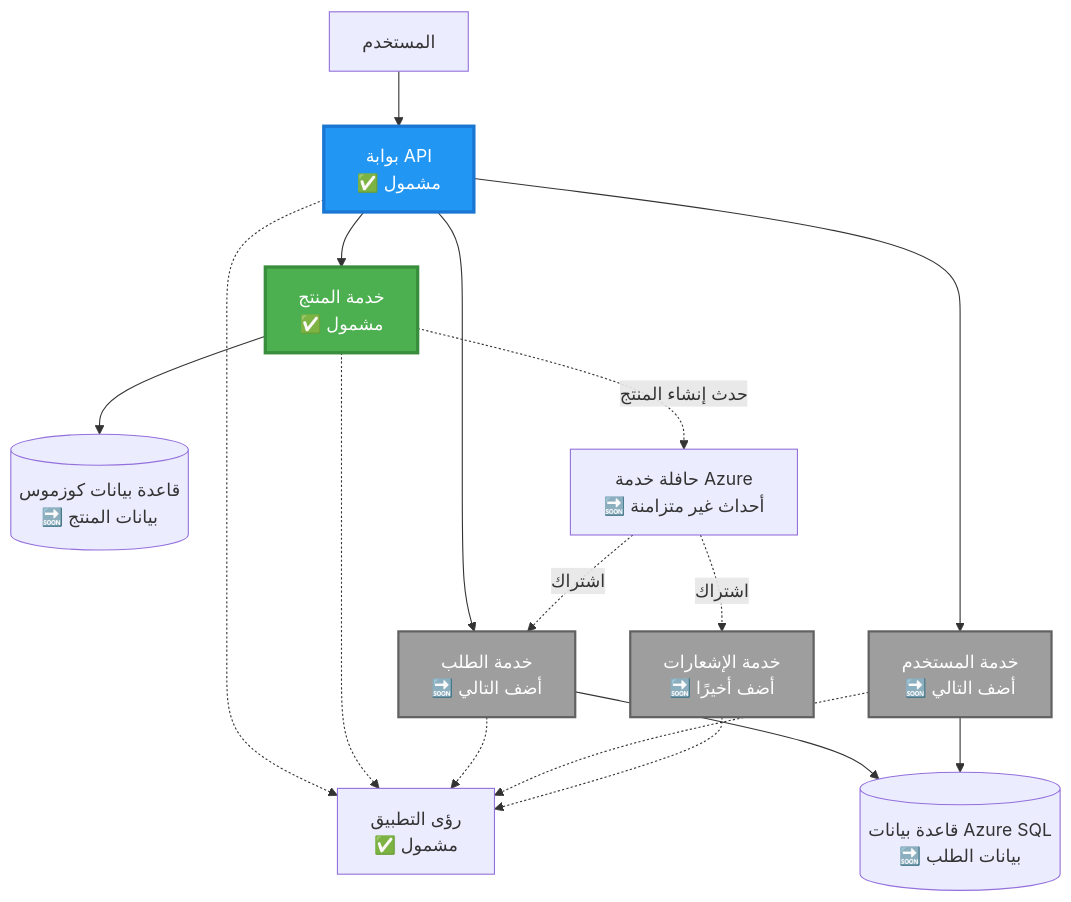
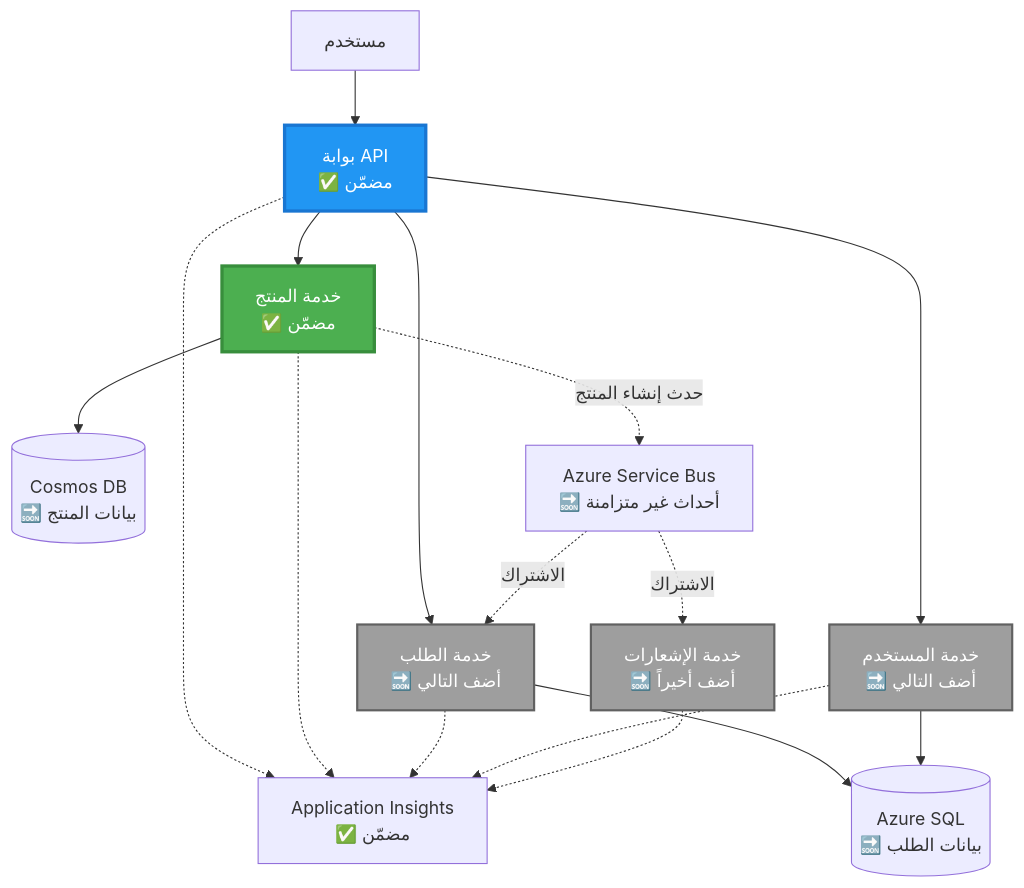
Before and after one commit to microsoft/AZD-for-beginners: the second of 4 diagrams in translations/ar/examples/microservices/README.md, drawn with Mermaid. The commit also changed other lines of this file and 242 other files, not shown here.

````diff
--- a/translations/ar/examples/microservices/README.md
+++ b/translations/ar/examples/microservices/README.md
@@ -78,39 +69,39 @@
 ```mermaid
 graph TB
-    User[المستخدم]
-    Gateway[بوابة API<br/>✅ مشمول]
-    Product[خدمة المنتج<br/>✅ مشمول]
+    User[مستخدم]
+    Gateway[بوابة API<br/>✅ مضمّن]
+    Product[خدمة المنتج<br/>✅ مضمّن]
     Order[خدمة الطلب<br/>🔜 أضف التالي]
     UserSvc[خدمة المستخدم<br/>🔜 أضف التالي]
-    Notify[خدمة الإشعارات<br/>🔜 أضف أخيرًا]
+    Notify[خدمة الإشعارات<br/>🔜 أضف أخيراً]
     
-    CosmosDB[(قاعدة بيانات كوزموس<br/>🔜 بيانات المنتج)]
-    AzureSQL[(قاعدة بيانات Azure SQL<br/>🔜 بيانات الطلب)]
-    ServiceBus[حافلة خدمة Azure<br/>🔜 أحداث غير متزامنة]
-    AppInsights[رؤى التطبيق<br/>✅ مشمول]
+    CosmosDB[(Cosmos DB<br/>🔜 بيانات المنتج)]
+    AzureSQL[(Azure SQL<br/>🔜 بيانات الطلب)]
+    ServiceBus[Azure Service Bus<br/>🔜 أحداث غير متزامنة]
+    AppInsights[Application Insights<br/>✅ مضمّن]
     
     User --> Gateway
     Gateway --> Product
     Gateway --> Order
     Gateway --> UserSvc
     
     Product --> CosmosDB
     Order --> AzureSQL
     UserSvc --> AzureSQL
     
     Product -.->|حدث إنشاء المنتج| ServiceBus
-    ServiceBus -.->|اشتراك| Notify
-    ServiceBus -.->|اشتراك| Order
+    ServiceBus -.->|الاشتراك| Notify
+    ServiceBus -.->|الاشتراك| Order
     
     Gateway -.-> AppInsights
     Product -.-> AppInsights
     Order -.-> AppInsights
     UserSvc -.-> AppInsights
     Notify -.-> AppInsights
     
     style Product fill:#4CAF50,stroke:#388E3C,stroke-width:3px,color:#fff
     style Gateway fill:#2196F3,stroke:#1976D2,stroke-width:3px,color:#fff
     style Order fill:#9E9E9E,stroke:#616161,stroke-width:2px,color:#fff
     style UserSvc fill:#9E9E9E,stroke:#616161,stroke-width:2px,color:#fff
     style Notify fill:#9E9E9E,stroke:#616161,stroke-width:2px,color:#fff
 ```
````
